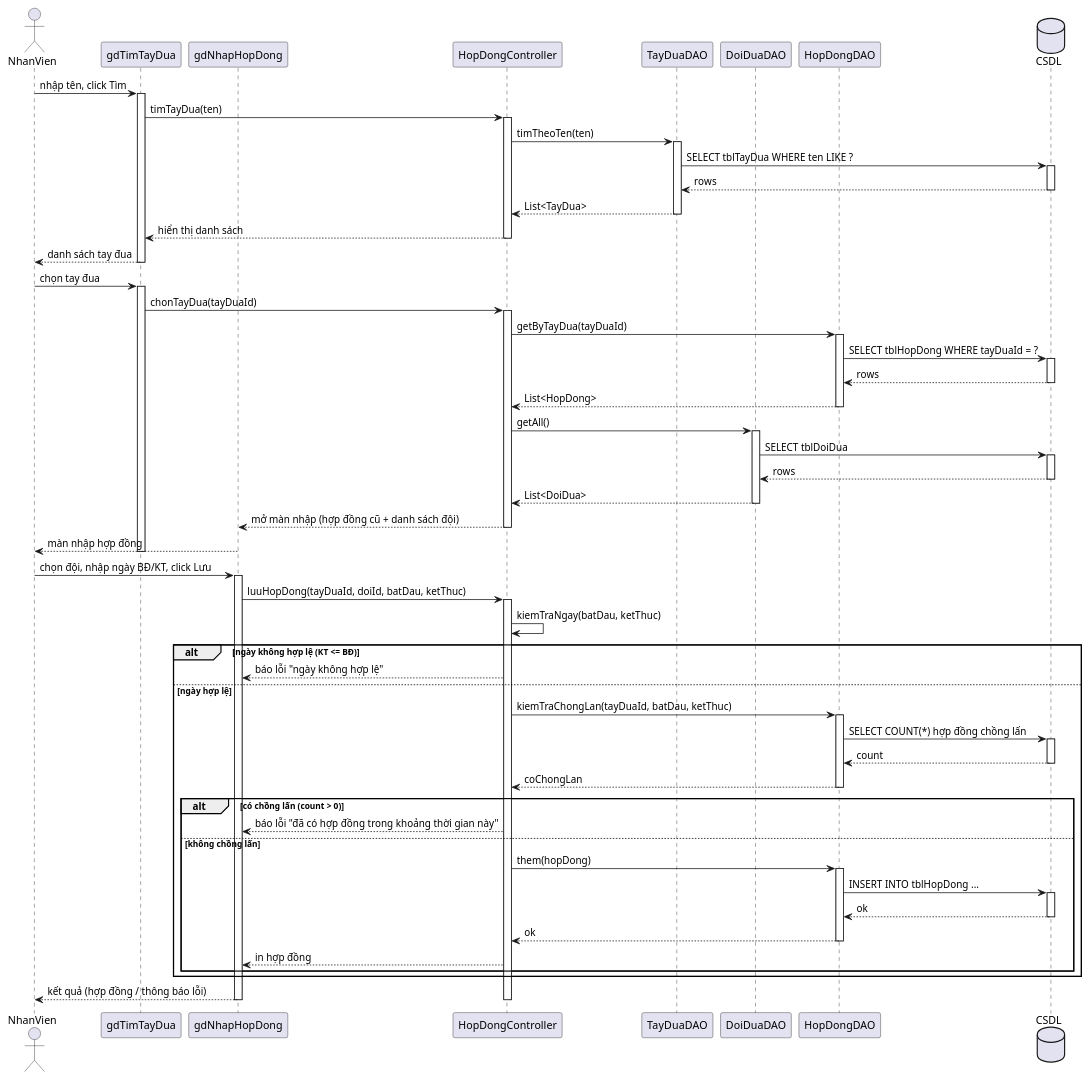
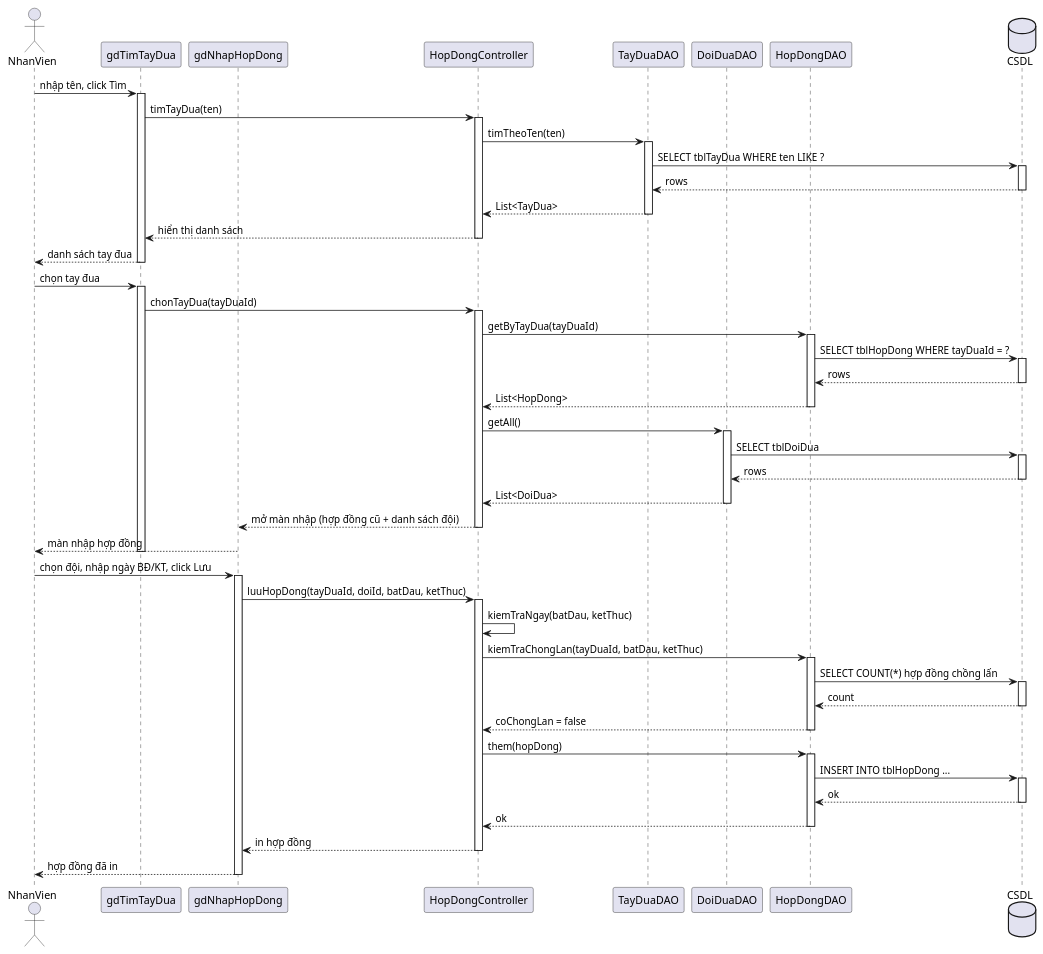
One commit to 7gho/CNPM-He2026 changed the fifth of 5 diagrams in Quan-Module1-KyHopDong/noi-dung.md. Above: the diagram before and after it, drawn with PlantUML. The commit also changed other lines of this file, not shown here.

Commit message:
Module 1 sequence: main flow only, exceptions stay in UC spec

````diff
--- a/Quan-Module1-KyHopDong/noi-dung.md
+++ b/Quan-Module1-KyHopDong/noi-dung.md
@@ -246,33 +246,25 @@
 V2 -> C : luuHopDong(tayDuaId, doiId, batDau, ketThuc)
 activate C
 C -> C : kiemTraNgay(batDau, ketThuc)
-alt ngày không hợp lệ (KT <= BĐ)
-  C --> V2 : báo lỗi "ngày không hợp lệ"
-else ngày hợp lệ
-  C -> HDAO : kiemTraChongLan(tayDuaId, batDau, ketThuc)
-  activate HDAO
-  HDAO -> DB : SELECT COUNT(*) hợp đồng chồng lấn
-  activate DB
-  DB --> HDAO : count
-  deactivate DB
-  HDAO --> C : coChongLan
-  deactivate HDAO
-  alt có chồng lấn (count > 0)
-    C --> V2 : báo lỗi "đã có hợp đồng trong khoảng thời gian này"
-  else không chồng lấn
-    C -> HDAO : them(hopDong)
-    activate HDAO
-    HDAO -> DB : INSERT INTO tblHopDong ...
-    activate DB
-    DB --> HDAO : ok
-    deactivate DB
-    HDAO --> C : ok
-    deactivate HDAO
-    C --> V2 : in hợp đồng
-  end
-end
-V2 --> NV : kết quả (hợp đồng / thông báo lỗi)
+C -> HDAO : kiemTraChongLan(tayDuaId, batDau, ketThuc)
+activate HDAO
+HDAO -> DB : SELECT COUNT(*) hợp đồng chồng lấn
+activate DB
+DB --> HDAO : count
+deactivate DB
+HDAO --> C : coChongLan = false
+deactivate HDAO
+C -> HDAO : them(hopDong)
+activate HDAO
+HDAO -> DB : INSERT INTO tblHopDong ...
+activate DB
+DB --> HDAO : ok
+deactivate DB
+HDAO --> C : ok
+deactivate HDAO
+C --> V2 : in hợp đồng
 deactivate C
+V2 --> NV : hợp đồng đã in
 deactivate V2
 @enduml
 ```
````
